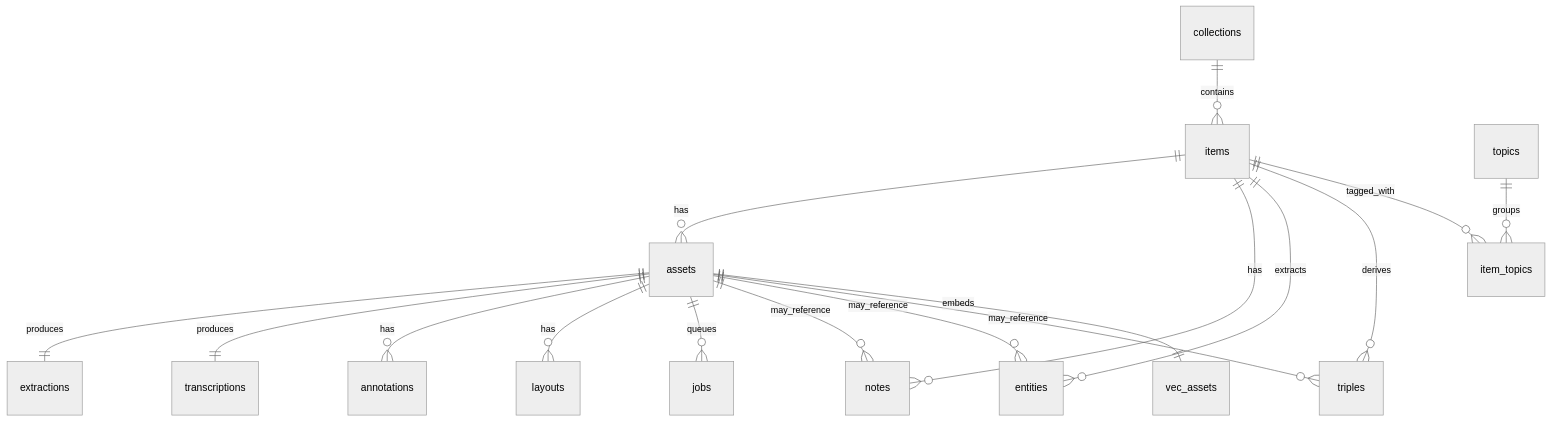
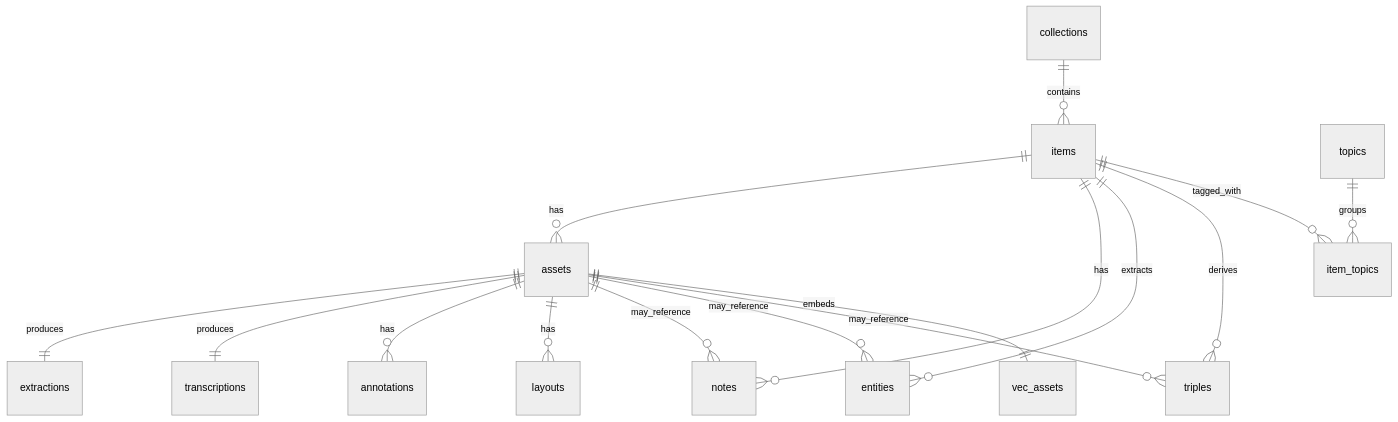
One commit to agusnieto77/EntropIA changed the diagram in SQLite.md. Above: the diagram before and after it, drawn with Mermaid (neutral theme). The commit also changed other lines of this file and 33 other files, not shown here.

First line of the commit message:
fix: stabilize managed dependency flow and remove legacy jobs table

````diff
--- a/SQLite.md
+++ b/SQLite.md
@@ -547,20 +527,19 @@
 ```mermaid
 erDiagram
     collections ||--o{ items : contains
     items ||--o{ assets : has
     items ||--o{ notes : has
     items ||--o{ entities : extracts
     items ||--o{ triples : derives
     items ||--o{ item_topics : tagged_with
     topics ||--o{ item_topics : groups
 
     assets ||--|| extractions : produces
     assets ||--|| transcriptions : produces
     assets ||--o{ annotations : has
     assets ||--o{ layouts : has
-    assets ||--o{ jobs : queues
     assets ||--o{ notes : may_reference
     assets ||--o{ entities : may_reference
     assets ||--o{ triples : may_reference
     assets ||--|| vec_assets : embeds
 ```
````
